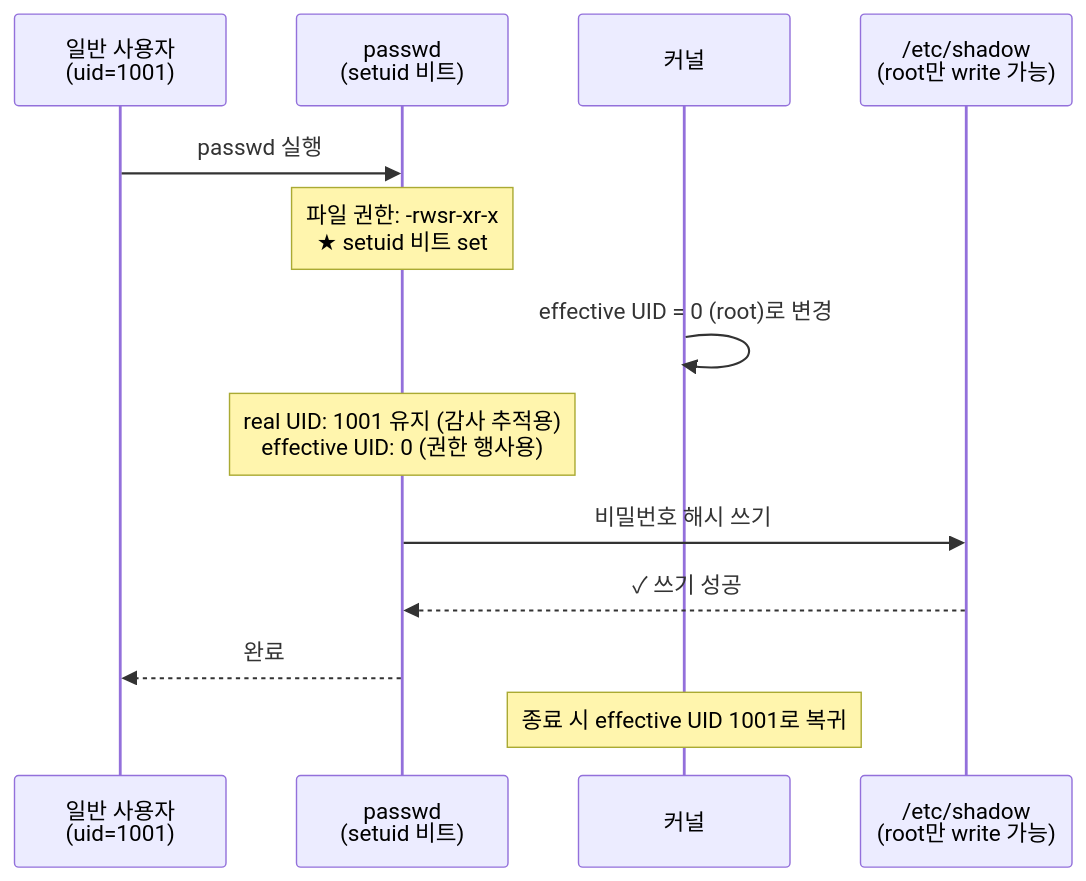
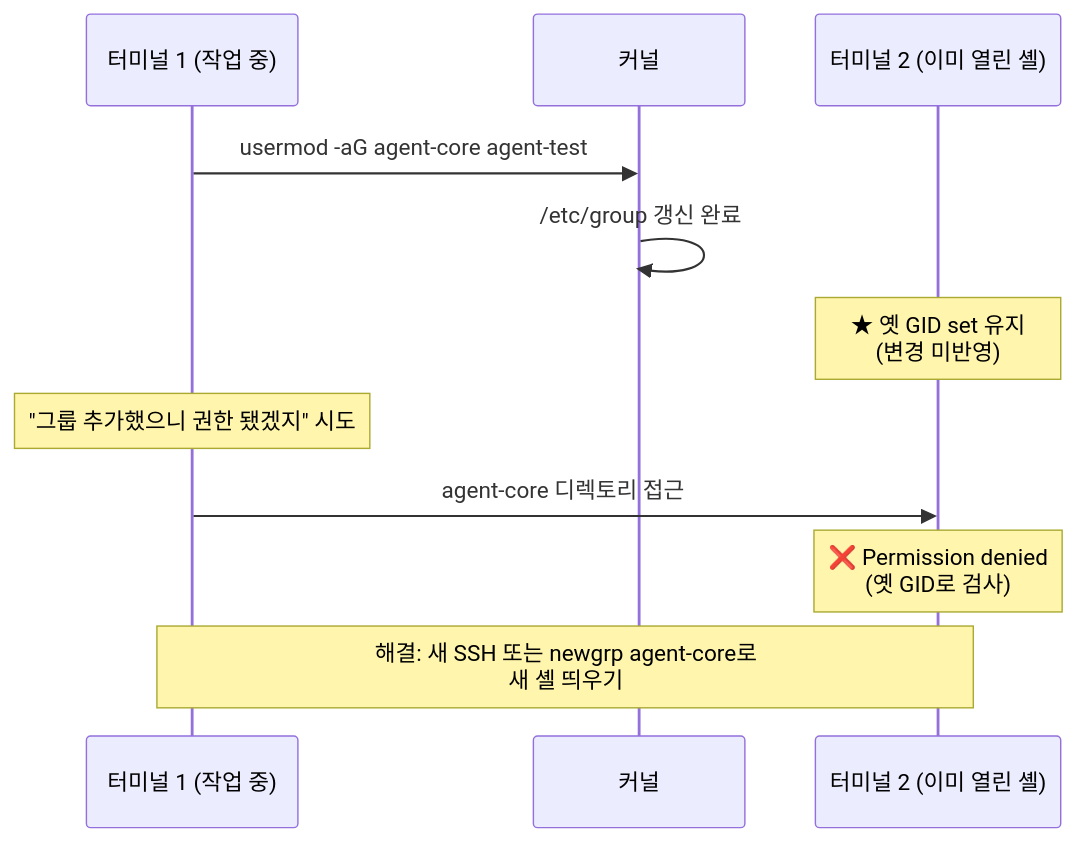
One commit to codewhite7777/codyssey_notes changed the fifth of 5 diagrams in codyssey_b1_1_study/users-and-groups.md. Above: the diagram before and after it, drawn with Mermaid. The commit also changed other lines of this file, not shown here.

````diff
--- a/codyssey_b1_1_study/users-and-groups.md
+++ b/codyssey_b1_1_study/users-and-groups.md
@@ -32,16 +210,16 @@
 ```mermaid
 sequenceDiagram
-    participant U as 일반 사용자<br/>(uid=1001)
-    participant P as passwd<br/>(setuid 비트)
+    participant T1 as 터미널 1 (작업 중)
     participant K as 커널
-    participant S as /etc/shadow<br/>(root만 write 가능)
+    participant T2 as 터미널 2 (이미 열린 셸)
 
-    U->>P: passwd 실행
-    Note over P: 파일 권한: -rwsr-xr-x<br/>★ setuid 비트 set
-    K->>K: effective UID = 0 (root)로 변경
-    Note over P: real UID: 1001 유지 (감사 추적용)<br/>effective UID: 0 (권한 행사용)
-    P->>S: 비밀번호 해시 쓰기
-    S-->>P: ✓ 쓰기 성공
-    P-->>U: 완료
-    Note over K: 종료 시 effective UID 1001로 복귀
+    T1->>K: usermod -aG agent-core agent-test
+    K->>K: /etc/group 갱신 완료
+    Note over T2: ★ 옛 GID set 유지<br/>(변경 미반영)
+
+    Note over T1: "그룹 추가했으니 권한 됐겠지" 시도
+    T1->>T2: agent-core 디렉토리 접근
+    Note over T2: ❌ Permission denied<br/>(옛 GID로 검사)
+
+    Note over T1,T2: 해결: 새 SSH 또는 newgrp agent-core로<br/>새 셸 띄우기
 ```
````
